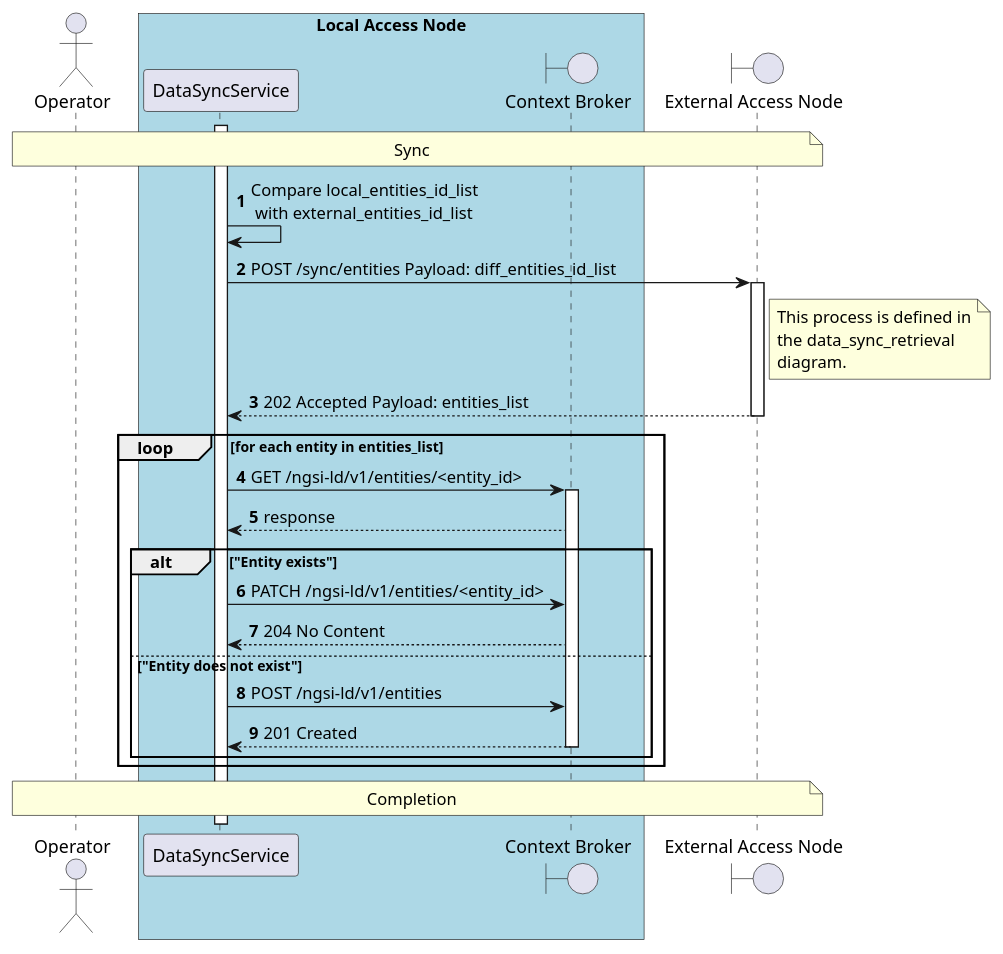
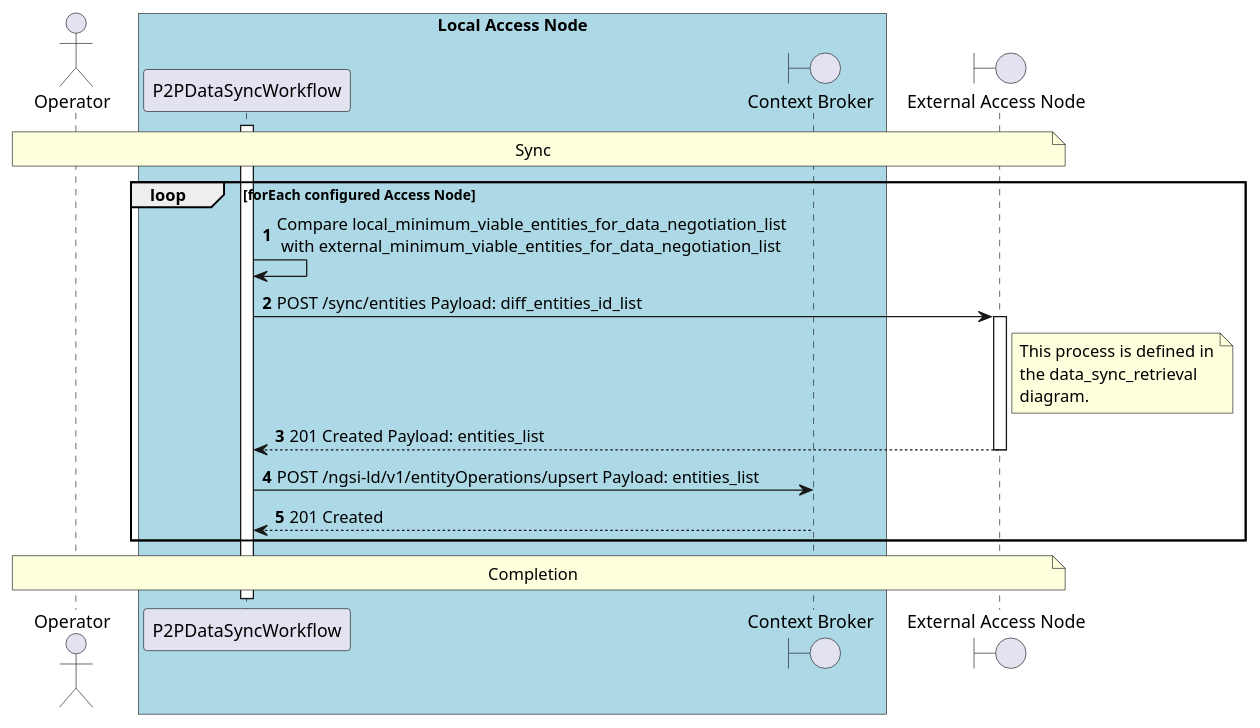
Before and after one commit to in2workspace/in2-guides: the diagram in desmos-tech-doc/diagrams/use-case-data-synchronization-3-sync.puml, drawn with PlantUML. The commit also changed 10 other files, not shown here.

```diff
--- a/desmos-tech-doc/diagrams/use-case-data-synchronization-3-sync.puml
+++ b/desmos-tech-doc/diagrams/use-case-data-synchronization-3-sync.puml
@@ -1,53 +1,47 @@
 @startuml
 'https://plantuml.com/sequence-diagram
 
 autonumber
 skinparam BoxPadding 10
 
 ' -------------------- Headers -------------------- '
 
 actor "Operator" as operator
 
 box "Local Access Node" #LightBlue
-    participant "DataSyncService" as data_sync_service
+    participant "P2PDataSyncWorkflow" as p2p_data_sync_workflow
     boundary "Context Broker" as context_broker
 end box
 
 boundary "External Access Node" as external_access_node
 
 ' -------------------- Diagram -------------------- '
 
-activate data_sync_service
+activate p2p_data_sync_workflow
 
 note over operator, external_access_node
     Sync
 end note
 
-data_sync_service -> data_sync_service: Compare local_entities_id_list\n with external_entities_id_list
-data_sync_service -> external_access_node++: POST /sync/entities Payload: diff_entities_id_list
-    note right of external_access_node
-        This process is defined in
-        the data_sync_retrieval
-        diagram.
-    end note
-return 202 Accepted Payload: entities_list
 
-loop for each entity in entities_list
-    data_sync_service -> context_broker++: GET /ngsi-ld/v1/entities/<entity_id>
-    context_broker --> data_sync_service: response
-    alt "Entity exists"
-        data_sync_service -> context_broker: PATCH /ngsi-ld/v1/entities/<entity_id>
-        context_broker --> data_sync_service: 204 No Content
-    else "Entity does not exist"
-        data_sync_service -> context_broker: POST /ngsi-ld/v1/entities
-        return 201 Created
-    end
+
+loop forEach configured Access Node
+    p2p_data_sync_workflow -> p2p_data_sync_workflow: Compare local_minimum_viable_entities_for_data_negotiation_list\n with external_minimum_viable_entities_for_data_negotiation_list
+    p2p_data_sync_workflow -> external_access_node++: POST /sync/entities Payload: diff_entities_id_list
+        note right of external_access_node
+            This process is defined in
+            the data_sync_retrieval
+            diagram.
+        end note
+    return 201 Created Payload: entities_list
+    p2p_data_sync_workflow -> context_broker: POST /ngsi-ld/v1/entityOperations/upsert Payload: entities_list
+    return 201 Created
 end
 
 note over operator, external_access_node
     Completion
 end note
 
 
 
 @enduml
```
